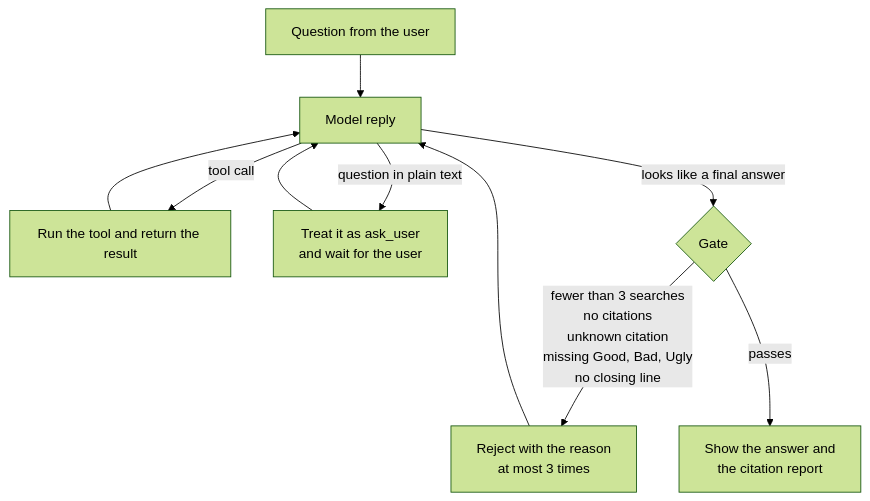
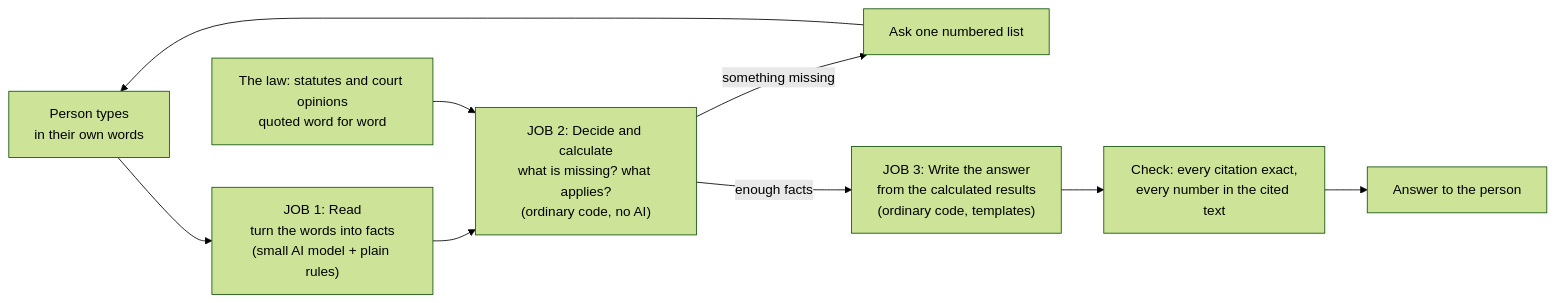
Before and after one commit to Haddley/haddley.github.io: the first of 3 diagrams in content/azurefoundryagent7.md, drawn with Mermaid (forest theme). The commit also changed other lines of this file and 6 other files, not shown here.

````diff
--- a/content/azurefoundryagent7.md
+++ b/content/azurefoundryagent7.md
@@ -130,12 +89,11 @@
 ```mermaid
-flowchart TD
-    Q["Question from the user"] --> M["Model reply"]
-    M -->|"tool call"| TL["Run the tool and return the result"]
-    TL --> M
-    M -->|"question in plain text"| ASK["Treat it as ask_user<br/>and wait for the user"]
-    ASK --> M
-    M -->|"looks like a final answer"| GT{"Gate"}
-    GT -->|"fewer than 3 searches<br/>no citations<br/>unknown citation<br/>missing Good, Bad, Ugly<br/>no closing line"| REJ["Reject with the reason<br/>at most 3 times"]
-    REJ --> M
-    GT -->|"passes"| OUT["Show the answer and<br/>the citation report"]
+flowchart LR
+    P["Person types<br/>in their own words"] --> R["JOB 1: Read<br/>turn the words into facts<br/>(small AI model + plain rules)"]
+    R --> D["JOB 2: Decide and calculate<br/>what is missing? what applies?<br/>(ordinary code, no AI)"]
+    D -->|"something missing"| Q["Ask one numbered list"]
+    Q --> P
+    D -->|"enough facts"| A["JOB 3: Write the answer<br/>from the calculated results<br/>(ordinary code, templates)"]
+    L["The law: statutes and court opinions<br/>quoted word for word"] --> D
+    A --> G["Check: every citation exact,<br/>every number in the cited text"]
+    G --> OUT["Answer to the person"]
 ```
````
